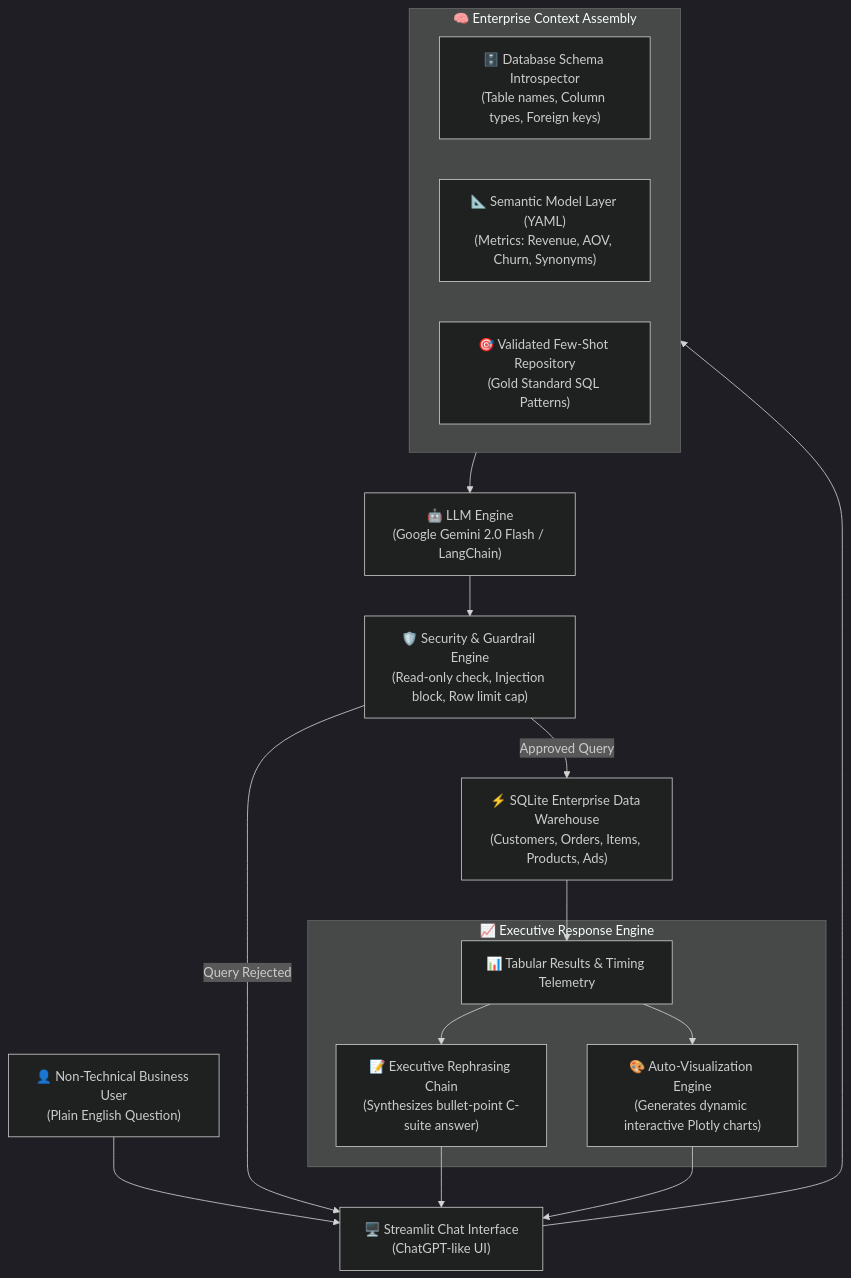
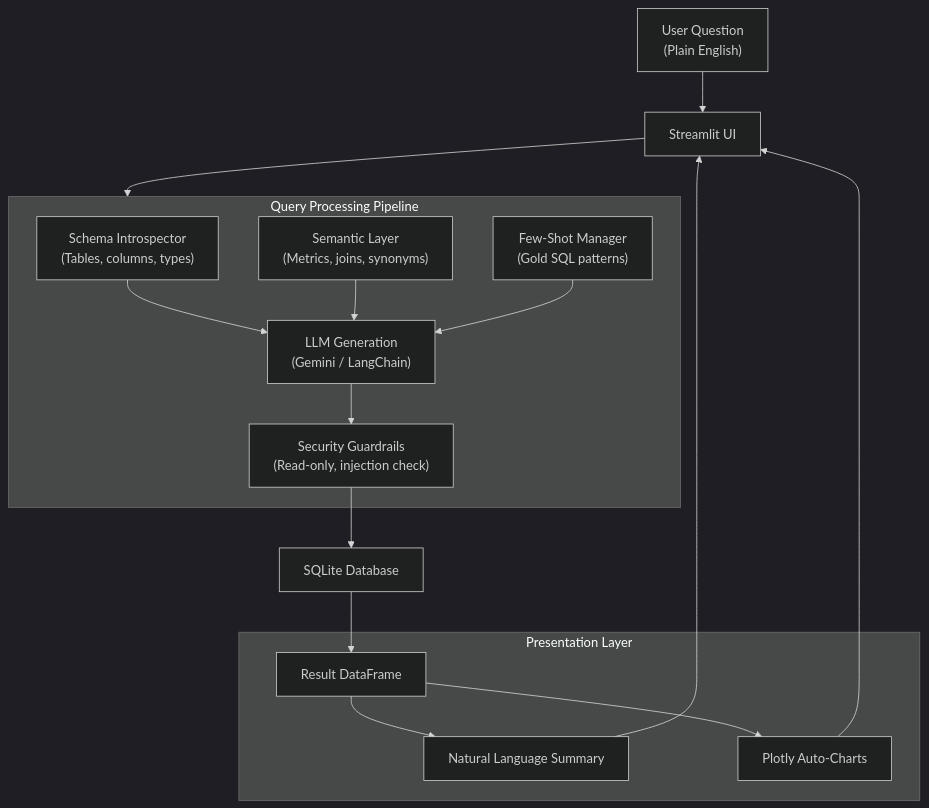
One commit to Vivek-295/DataTalk-AI changed the diagram in README.md. Above: the diagram before and after it, drawn with Mermaid (dark theme). The commit also changed other lines of this file and 4 other files, not shown here.

Commit message:
refactor: polish documentation and interface copy for natural human tone

````diff
--- a/README.md
+++ b/README.md
@@ -40,28 +19,24 @@
 ```mermaid
 flowchart TD
-    A["👤 Non-Technical Business User\n(Plain English Question)"] --> B["🖥️ Streamlit Chat Interface\n(ChatGPT-like UI)"]
+    A["User Question\n(Plain English)"] --> B["Streamlit UI"]
     
-    subgraph Context_Assembly ["🧠 Enterprise Context Assembly"]
-        C["🗄️ Database Schema Introspector\n(Table names, Column types, Foreign keys)"]
-        D["📐 Semantic Model Layer (YAML)\n(Metrics: Revenue, AOV, Churn, Synonyms)"]
-        E["🎯 Validated Few-Shot Repository\n(Gold Standard SQL Patterns)"]
+    subgraph Pipeline ["Query Processing Pipeline"]
+        C["Schema Introspector\n(Tables, columns, types)"]
+        D["Semantic Layer\n(Metrics, joins, synonyms)"]
+        E["Few-Shot Manager\n(Gold SQL patterns)"]
+        
+        C & D & E --> F["LLM Generation\n(Gemini / LangChain)"]
+        F --> G["Security Guardrails\n(Read-only, injection check)"]
     end
     
-    B --> Context_Assembly
-    Context_Assembly --> F["🤖 LLM Engine\n(Google Gemini 2.0 Flash / LangChain)"]
+    B --> Pipeline
+    G --> H["SQLite Database"]
+    H --> I["Result DataFrame"]
     
-    F --> G["🛡️ Security & Guardrail Engine\n(Read-only check, Injection block, Row limit cap)"]
-    
-    G -- "Query Rejected" --> B
-    G -- "Approved Query" --> H["⚡ SQLite Enterprise Data Warehouse\n(Customers, Orders, Items, Products, Ads)"]
-    
-    H --> I["📊 Tabular Results & Timing Telemetry"]
-    
-    subgraph Response_Synthesis ["📈 Executive Response Engine"]
-        I --> J["📝 Executive Rephrasing Chain\n(Synthesizes bullet-point C-suite answer)"]
-        I --> K["🎨 Auto-Visualization Engine\n(Generates dynamic interactive Plotly charts)"]
+    subgraph Presentation ["Presentation Layer"]
+        I --> J["Natural Language Summary"]
+        I --> K["Plotly Auto-Charts"]
     end
     
-    J --> B
-    K --> B
+    J & K --> B
 ```
````
